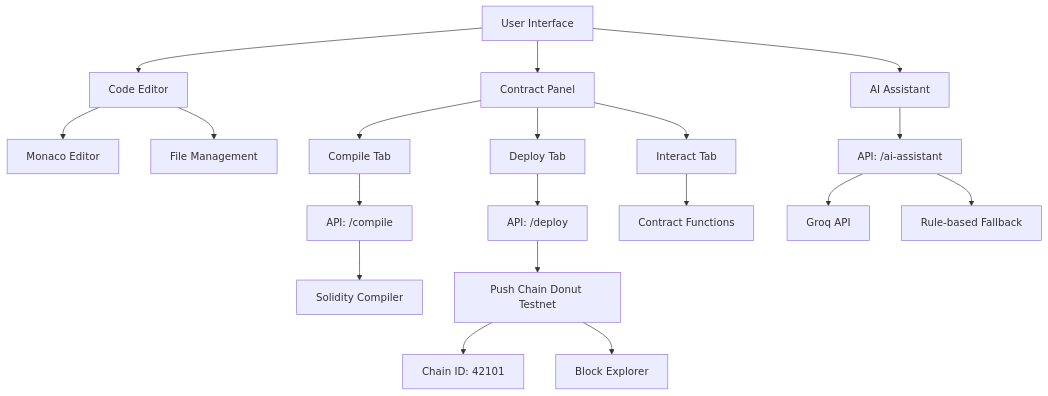
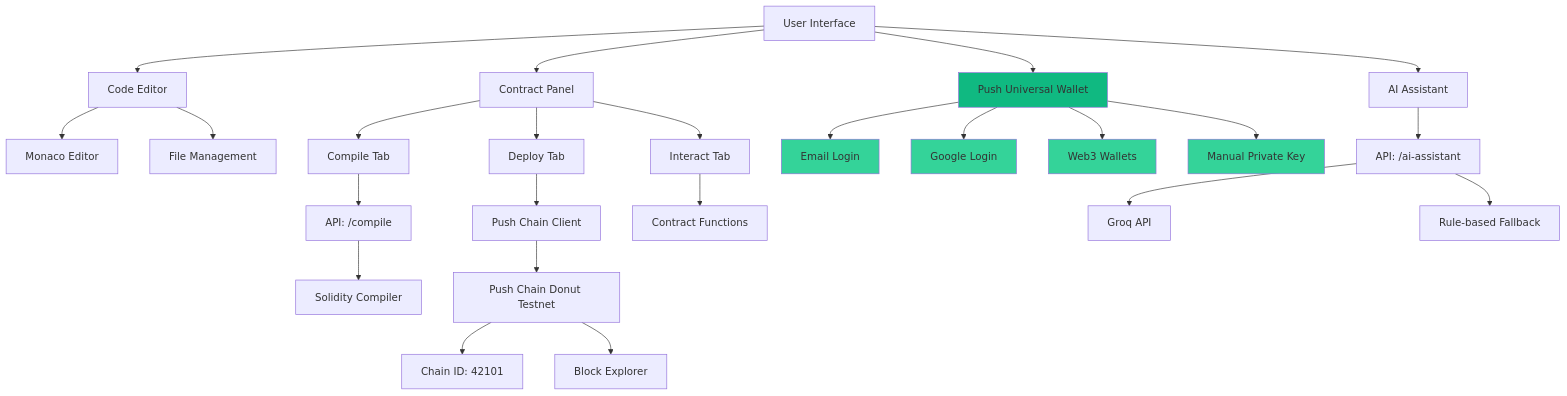
One commit to enliven17/push-playground changed the first of 5 diagrams in docs/architecture.md. Above: the diagram before and after it, drawn with Mermaid. The commit also changed other lines of this file and 6 other files, not shown here.

````diff
--- a/docs/architecture.md
+++ b/docs/architecture.md
@@ -5,27 +5,39 @@
 ```mermaid
 graph TB
     A[User Interface] --> B[Code Editor]
     A --> C[Contract Panel]
     A --> D[AI Assistant]
+    A --> E[Push Universal Wallet]
     
-    B --> E[Monaco Editor]
-    B --> F[File Management]
+    B --> F[Monaco Editor]
+    B --> G[File Management]
     
-    C --> G[Compile Tab]
-    C --> H[Deploy Tab]
-    C --> I[Interact Tab]
+    C --> H[Compile Tab]
+    C --> I[Deploy Tab]
+    C --> J[Interact Tab]
     
-    G --> J["API: /compile"]
-    H --> K["API: /deploy"]
-    I --> L[Contract Functions]
+    E --> K[Email Login]
+    E --> L[Google Login]
+    E --> M[Web3 Wallets]
+    E --> N[Manual Private Key]
     
-    D --> M["API: /ai-assistant"]
-    M --> N[Groq API]
-    M --> O[Rule-based Fallback]
+    H --> O["API: /compile"]
+    I --> P[Push Chain Client]
+    J --> Q[Contract Functions]
     
-    J --> P[Solidity Compiler]
-    K --> Q[Push Chain Donut Testnet]
+    D --> R["API: /ai-assistant"]
+    R --> S[Groq API]
+    R --> T[Rule-based Fallback]
     
-    Q --> R["Chain ID: 42101"]
-    Q --> S[Block Explorer]
+    O --> U[Solidity Compiler]
+    P --> V[Push Chain Donut Testnet]
+    
+    V --> W["Chain ID: 42101"]
+    V --> X[Block Explorer]
+    
+    style E fill:#10b981
+    style K fill:#34d399
+    style L fill:#34d399
+    style M fill:#34d399
+    style N fill:#34d399
 ```
````
